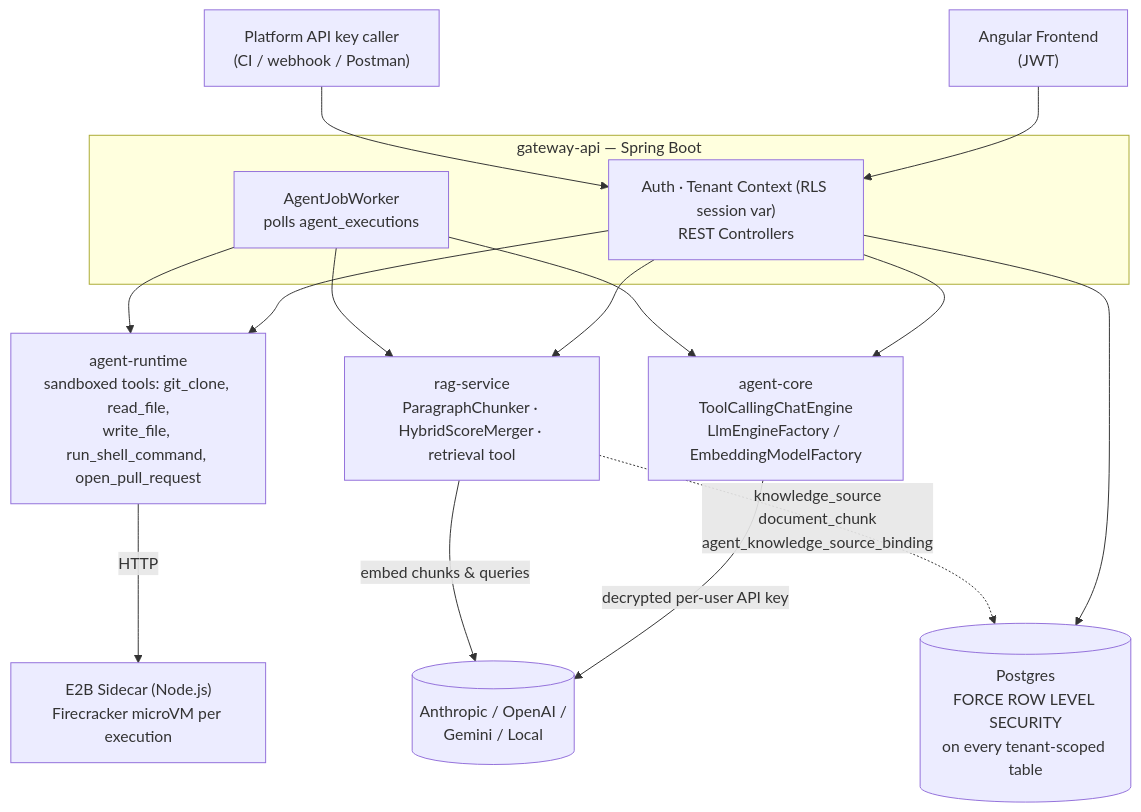
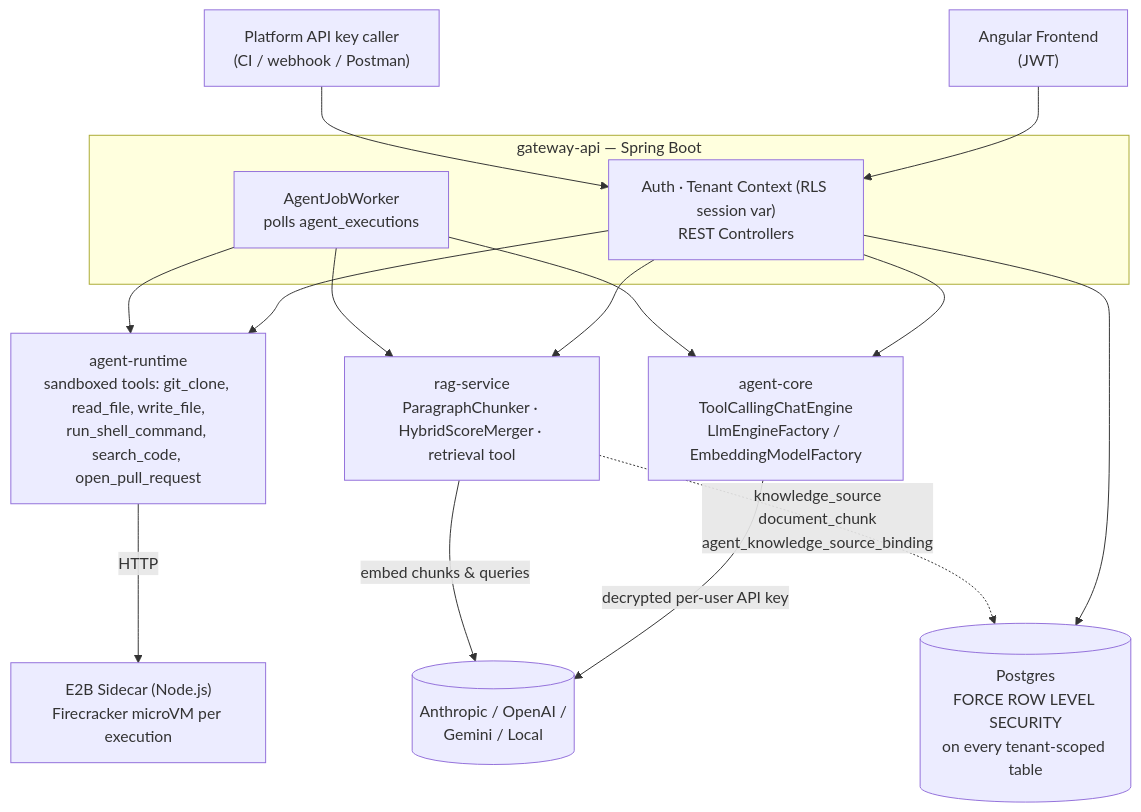
Before and after one commit to pedes1999/enterprise-ai-agent-hub: the first of 5 diagrams in README.md, drawn with Mermaid. The commit also changed other lines of this file, not shown here.

````diff
--- a/README.md
+++ b/README.md
@@ -46,27 +54,27 @@
 ```mermaid
 flowchart TB
     FE["Angular Frontend<br/>(JWT)"]
     API["Platform API key caller<br/>(CI / webhook / Postman)"]
 
     subgraph GWBOX["gateway-api — Spring Boot"]
         GW["Auth · Tenant Context (RLS session var)<br/>REST Controllers"]
         Worker["AgentJobWorker<br/>polls agent_executions"]
     end
 
     FE --> GW
     API --> GW
 
     GW --> Core["agent-core<br/>ToolCallingChatEngine<br/>LlmEngineFactory / EmbeddingModelFactory"]
-    GW --> Runtime["agent-runtime<br/>sandboxed tools: git_clone, read_file,<br/>write_file, run_shell_command, open_pull_request"]
+    GW --> Runtime["agent-runtime<br/>sandboxed tools: git_clone, read_file, write_file,<br/>run_shell_command, search_code, open_pull_request"]
     GW --> Rag["rag-service<br/>ParagraphChunker · HybridScoreMerger · retrieval tool"]
     Worker --> Core
     Worker --> Runtime
     Worker --> Rag
 
     Runtime -->|HTTP| Sidecar["E2B Sidecar (Node.js)<br/>Firecracker microVM per execution"]
     Core -->|decrypted per-user API key| LLM[("Anthropic / OpenAI /<br/>Gemini / Local")]
     Rag -->|embed chunks & queries| LLM
 
     GW --> DB[("Postgres<br/>FORCE ROW LEVEL SECURITY<br/>on every tenant-scoped table")]
     Rag -.->|knowledge_source<br/>document_chunk<br/>agent_knowledge_source_binding| DB
 ```
````
